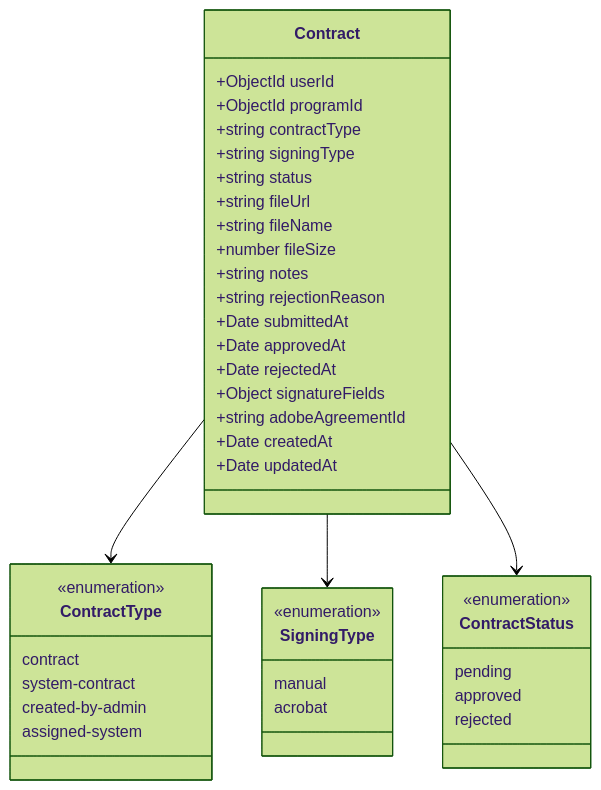
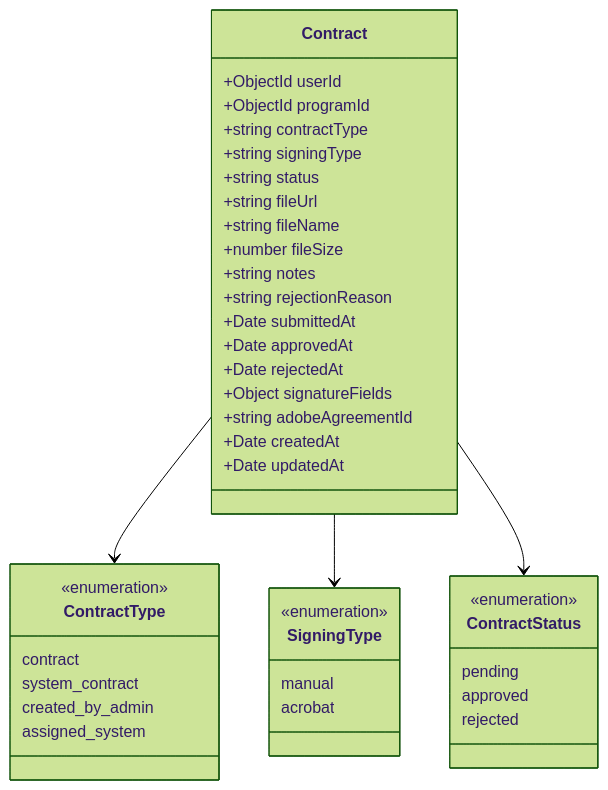
The third of 10 diagrams in docs/admin/contract-submission.md (PFT-PropFirmsTech-com/pft-client-docs), drawn with Mermaid (forest theme) before and after one commit. The commit also changed 1 other file, not shown here.

Commit message:
Fix Mermaid syntax compatibility in admin docs
Quote ratio labels in the registration mindmap and normalize class-diagram enum identifiers to avoid Mermaid parse failures on docs pages.

Made-with: Cursor

````diff
--- a/docs/admin/contract-submission.md
+++ b/docs/admin/contract-submission.md
@@ -204,47 +204,47 @@
 ```mermaid
 classDiagram
     class Contract {
         +ObjectId userId
         +ObjectId programId
         +string contractType
         +string signingType
         +string status
         +string fileUrl
         +string fileName
         +number fileSize
         +string notes
         +string rejectionReason
         +Date submittedAt
         +Date approvedAt
         +Date rejectedAt
         +Object signatureFields
         +string adobeAgreementId
         +Date createdAt
         +Date updatedAt
     }
 
     class ContractType {
         <<enumeration>>
         contract
-        system-contract
-        created-by-admin
-        assigned-system
+        system_contract
+        created_by_admin
+        assigned_system
     }
 
     class SigningType {
         <<enumeration>>
         manual
         acrobat
     }
 
     class ContractStatus {
         <<enumeration>>
         pending
         approved
         rejected
     }
 
     Contract --> ContractType
     Contract --> SigningType
     Contract --> ContractStatus
 ```
````
